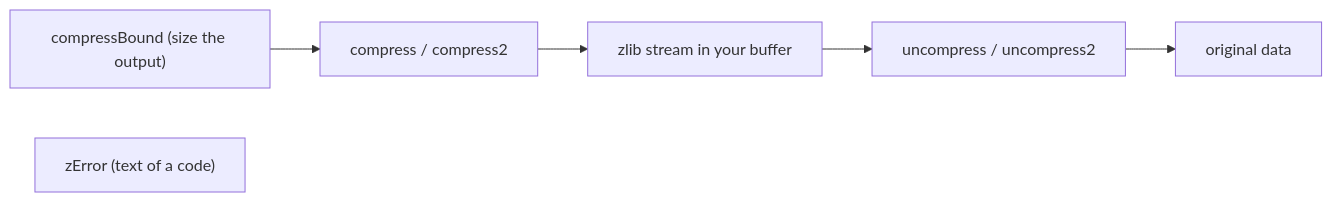
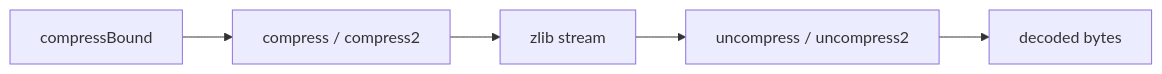
The diagram in docs/spec/functions/utility.md (cla7aye15I4nd/zlib-f), drawn with Mermaid before and after one commit. The commit also changed other lines of this file and 14 other files, not shown here.

````diff
--- a/docs/spec/functions/utility.md
+++ b/docs/spec/functions/utility.md
@@ -22,8 +13,6 @@
 ```mermaid
 flowchart LR
-    S["compressBound (size the output)"] --> C["compress / compress2"]
-    C --> Z["zlib stream in your buffer"]
-    Z --> U["uncompress / uncompress2"]
-    U --> R["original data"]
-    E["zError (text of a code)"]
+    B["compressBound"] --> C["compress / compress2"]
+    C --> Z["zlib stream"] --> U["uncompress / uncompress2"]
+    U --> D["decoded bytes"]
 ```
````
